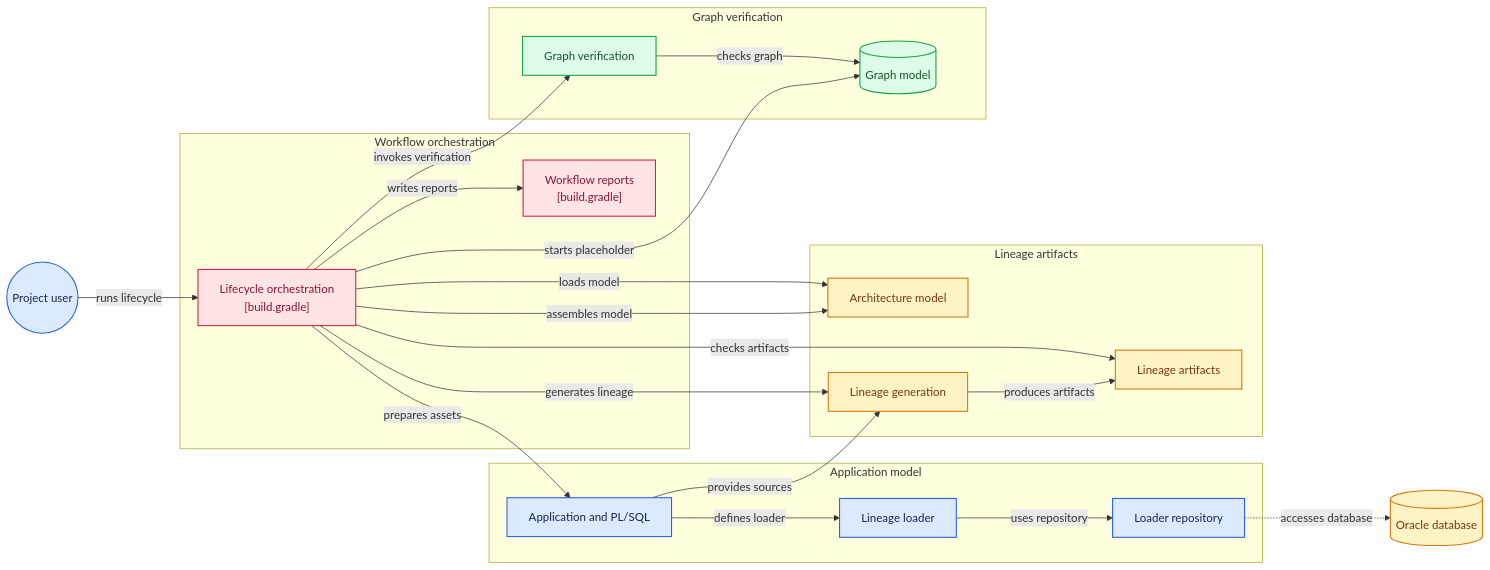
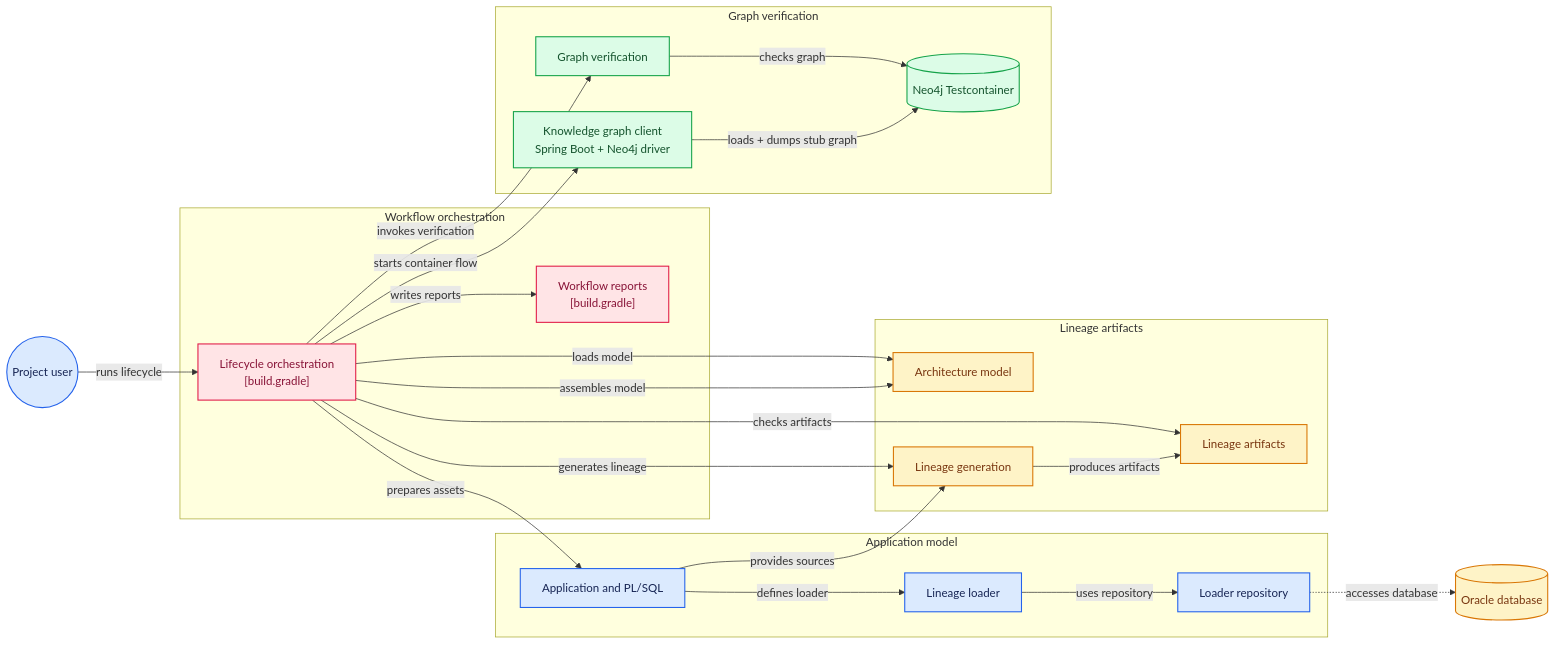
Before and after one commit to jurgenei/example-lineage-plsql: the diagram in ARCHITECTURE.md, drawn with Mermaid. The commit also changed 20 other files, not shown here.

Commit message:
introduce knowledgeGraph/neo4j

````diff
--- a/ARCHITECTURE.md
+++ b/ARCHITECTURE.md
@@ -3,67 +3,70 @@
 ```mermaid
 flowchart LR
 
 subgraph group_app["Application model"]
   node_appmodel["Application and PL/SQL"]
   node_loader["Lineage loader"]
   node_loaderrepo["Loader repository"]
 end
 
 subgraph group_lineage["Lineage artifacts"]
   node_architecture["Architecture model"]
   node_lineagegen["Lineage generation"]
   node_lineageout["Lineage artifacts"]
 end
 
 subgraph group_graph["Graph verification"]
-  node_neo4j[("Graph model")]
+  node_graphclient["Knowledge graph client<br/>Spring Boot + Neo4j driver"]
+  node_graphcontainer[("Neo4j Testcontainer")]
   node_verify["Graph verification"]
 end
 
 subgraph group_orchestration["Workflow orchestration"]
   node_rootflow["Lifecycle orchestration<br/>[build.gradle]"]
   node_reports["Workflow reports<br/>[build.gradle]"]
 end
 
 node_engineer(("Project user"))
 node_oracle[("Oracle database")]
 
 node_engineer -->|"runs lifecycle"| node_rootflow
 node_rootflow -->|"assembles model"| node_architecture
 node_rootflow -->|"prepares assets"| node_appmodel
 node_rootflow -->|"generates lineage"| node_lineagegen
 node_appmodel -->|"provides sources"| node_lineagegen
 node_lineagegen -->|"produces artifacts"| node_lineageout
-node_rootflow -->|"starts placeholder"| node_neo4j
+node_rootflow -->|"starts container flow"| node_graphclient
 node_rootflow -->|"checks artifacts"| node_lineageout
 node_rootflow -->|"loads model"| node_architecture
 node_rootflow -->|"invokes verification"| node_verify
-node_verify -->|"checks graph"| node_neo4j
+node_graphclient -->|"loads + dumps stub graph"| node_graphcontainer
+node_verify -->|"checks graph"| node_graphcontainer
 node_rootflow -->|"writes reports"| node_reports
 node_appmodel -->|"defines loader"| node_loader
 node_loader -->|"uses repository"| node_loaderrepo
 node_loaderrepo -.->|"accesses database"| node_oracle
 
 click node_appmodel "https://github.com/jurgenei/example-lineage-plsql/tree/main/2-application/src/main"
 click node_loader "https://github.com/jurgenei/example-lineage-plsql/blob/main/2-application/src/main/java/name/jurgenei/example/lineage/LineageLoaderService.java"
 click node_loaderrepo "https://github.com/jurgenei/example-lineage-plsql/blob/main/2-application/src/main/java/name/jurgenei/example/lineage/LineageLoaderRepository.java"
 click node_architecture "https://github.com/jurgenei/example-lineage-plsql/tree/main/1-architecture/src/main/resources"
 click node_lineagegen "https://github.com/jurgenei/example-lineage-plsql/tree/main/3-lineage/src/main/resources"
 click node_lineageout "https://github.com/jurgenei/example-lineage-plsql/tree/main/3-lineage/src/main/resources"
-click node_neo4j "https://github.com/jurgenei/example-lineage-plsql/tree/main/4-neo4j/src/main/resources"
-click node_verify "https://github.com/jurgenei/example-lineage-plsql/tree/main/4-neo4j"
+click node_graphclient "https://github.com/jurgenei/example-lineage-plsql/tree/main/4-knowledge-graph/src/main/java"
+click node_graphcontainer "https://github.com/jurgenei/example-lineage-plsql/tree/main/4-knowledge-graph/src/main/resources/stub"
+click node_verify "https://github.com/jurgenei/example-lineage-plsql/tree/main/4-knowledge-graph"
 click node_rootflow "https://github.com/jurgenei/example-lineage-plsql/blob/main/build.gradle"
 click node_reports "https://github.com/jurgenei/example-lineage-plsql/blob/main/build.gradle"
 
 classDef toneNeutral fill:#f8fafc,stroke:#334155,stroke-width:1.5px,color:#0f172a
 classDef toneBlue fill:#dbeafe,stroke:#2563eb,stroke-width:1.5px,color:#172554
 classDef toneAmber fill:#fef3c7,stroke:#d97706,stroke-width:1.5px,color:#78350f
 classDef toneMint fill:#dcfce7,stroke:#16a34a,stroke-width:1.5px,color:#14532d
 classDef toneRose fill:#ffe4e6,stroke:#e11d48,stroke-width:1.5px,color:#881337
 classDef toneIndigo fill:#e0e7ff,stroke:#4f46e5,stroke-width:1.5px,color:#312e81
 classDef toneTeal fill:#ccfbf1,stroke:#0f766e,stroke-width:1.5px,color:#134e4a
 class node_appmodel,node_loader,node_loaderrepo,node_engineer toneBlue
 class node_architecture,node_lineagegen,node_lineageout,node_oracle toneAmber
-class node_neo4j,node_verify toneMint
+class node_graphclient,node_graphcontainer,node_verify toneMint
 class node_rootflow,node_reports toneRose
 ```
````
